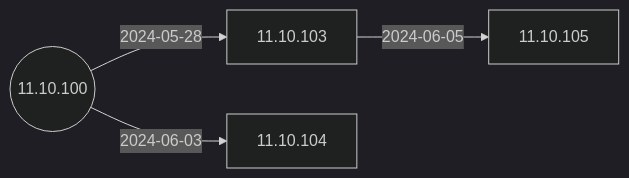
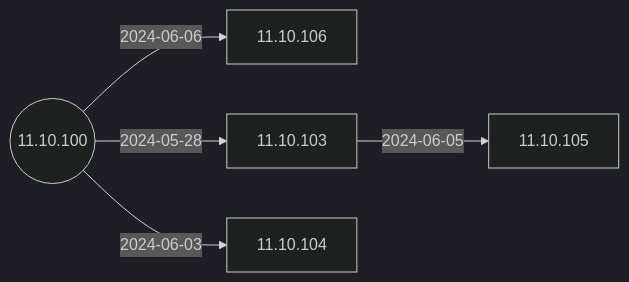
Before and after one commit to IGEL-Community/IGEL-Docs-v02: the second of 6 diagrams in docs/Docs/ReleaseNotes/01-OS11/README.md, drawn with Mermaid (dark theme). The commit also changed 2 other files, not shown here.

Commit message:
11.10.106 < 11.10.100

````diff
--- a/docs/Docs/ReleaseNotes/01-OS11/README.md
+++ b/docs/Docs/ReleaseNotes/01-OS11/README.md
@@ -41,11 +41,13 @@
 ```mermaid
 flowchart LR
+    11.10.100-- 2024-06-06 -->11.10.106
     11.10.103-- 2024-06-05 -->11.10.105
     11.10.100-- 2024-06-03 -->11.10.104
     11.10.100-- 2024-05-28 -->11.10.103
     11.10.100((11.10.100))
+    click 11.10.106 "https://github.com/IGEL-Community/IGEL-Docs-v02/tree/main/docs/Docs/ReleaseNotes/01-OS11/readme11.10.106.txt" _blank
     click 11.10.105 "https://github.com/IGEL-Community/IGEL-Docs-v02/tree/main/docs/Docs/ReleaseNotes/01-OS11/readme11.10.105.txt" _blank
     click 11.10.104 "https://github.com/IGEL-Community/IGEL-Docs-v02/tree/main/docs/Docs/ReleaseNotes/01-OS11/readme11.10.104.txt" _blank
     click 11.10.103 "https://github.com/IGEL-Community/IGEL-Docs-v02/tree/main/docs/Docs/ReleaseNotes/01-OS11/readme11.10.103.txt" _blank
     click 11.10.100 "https://github.com/IGEL-Community/IGEL-Docs-v02/tree/main/docs/Docs/ReleaseNotes/01-OS11/readme11.10.100.txt" _blank
 ```
````
